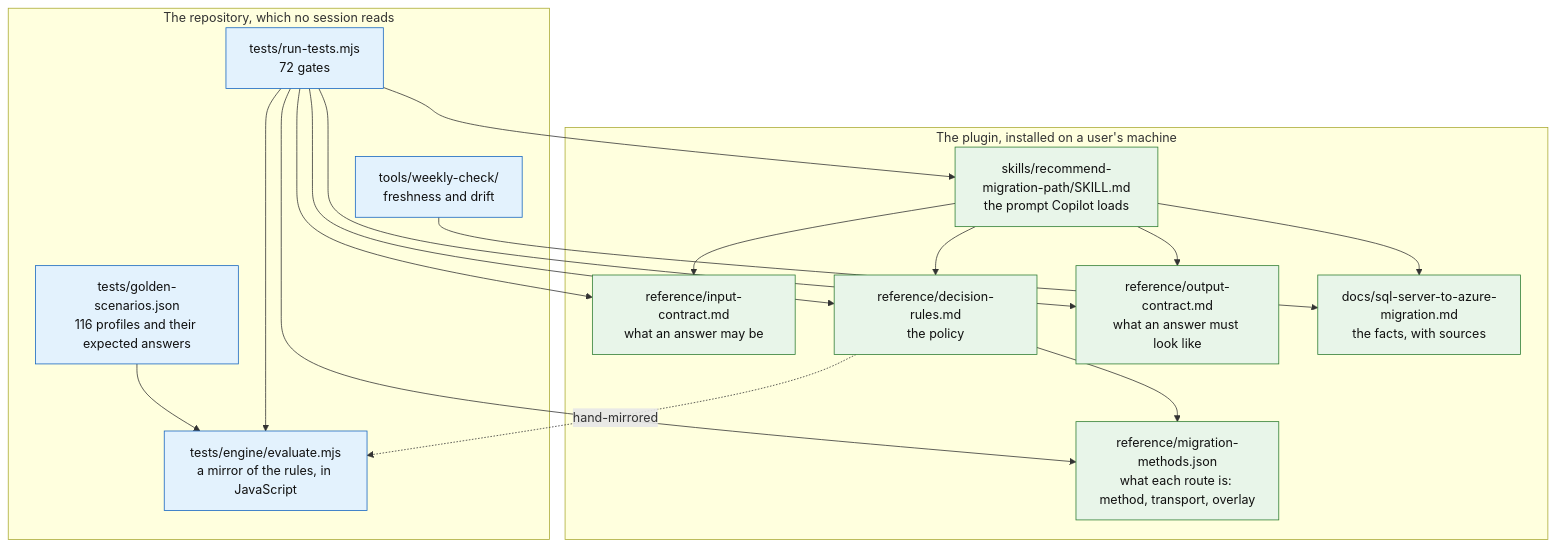
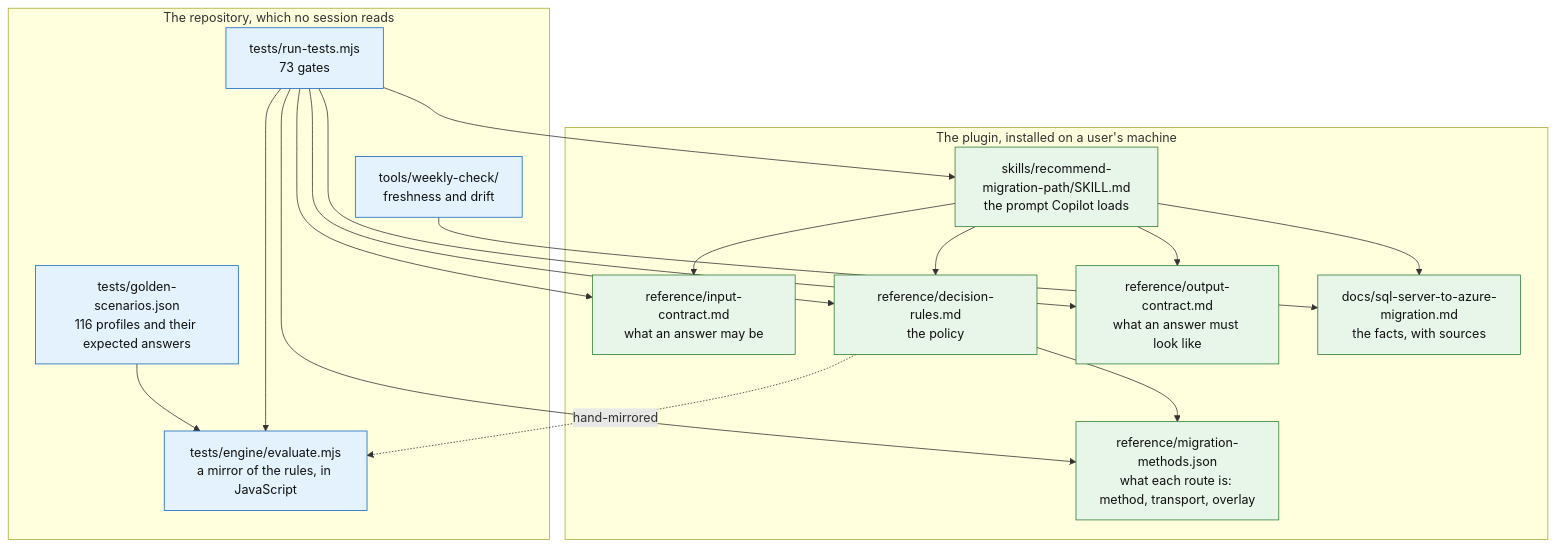
One commit to fredgis/sql-migration-advisor changed the first of 3 diagrams in docs/ARCHITECTURE.md. Above: the diagram before and after it, drawn with Mermaid. The commit also changed other lines of this file and 15 other files, not shown here.

````diff
--- a/docs/ARCHITECTURE.md
+++ b/docs/ARCHITECTURE.md
@@ -28,38 +28,38 @@
 ```mermaid
 flowchart TD
     subgraph plugin["The plugin, installed on a user's machine"]
       SK["skills/recommend-migration-path/SKILL.md<br/>the prompt Copilot loads"]
       IC["reference/input-contract.md<br/>what an answer may be"]
       DR["reference/decision-rules.md<br/>the policy"]
       OC["reference/output-contract.md<br/>what an answer must look like"]
       MM["reference/migration-methods.json<br/>what each route is: method, transport, overlay"]
       KB["docs/sql-server-to-azure-migration.md<br/>the facts, with sources"]
     end
 
     subgraph repo["The repository, which no session reads"]
       EN["tests/engine/evaluate.mjs<br/>a mirror of the rules, in JavaScript"]
       GS["tests/golden-scenarios.json<br/>116 profiles and their expected answers"]
-      GA["tests/run-tests.mjs<br/>72 gates"]
+      GA["tests/run-tests.mjs<br/>73 gates"]
       WK["tools/weekly-check/<br/>freshness and drift"]
     end
 
     SK --> IC
     SK --> DR
     SK --> OC
     SK --> KB
     DR --> MM
     DR -.->|hand-mirrored| EN
     GS --> EN
     GA --> EN
     GA --> SK
     GA --> IC
     GA --> DR
     GA --> OC
     GA --> MM
     WK --> KB
 
     classDef live fill:#e8f5e9,stroke:#2e7d32,color:#111
     classDef test fill:#e3f2fd,stroke:#1565c0,color:#111
     class SK,IC,DR,OC,KB,MM live
     class EN,GS,GA,WK test
 ```
````
